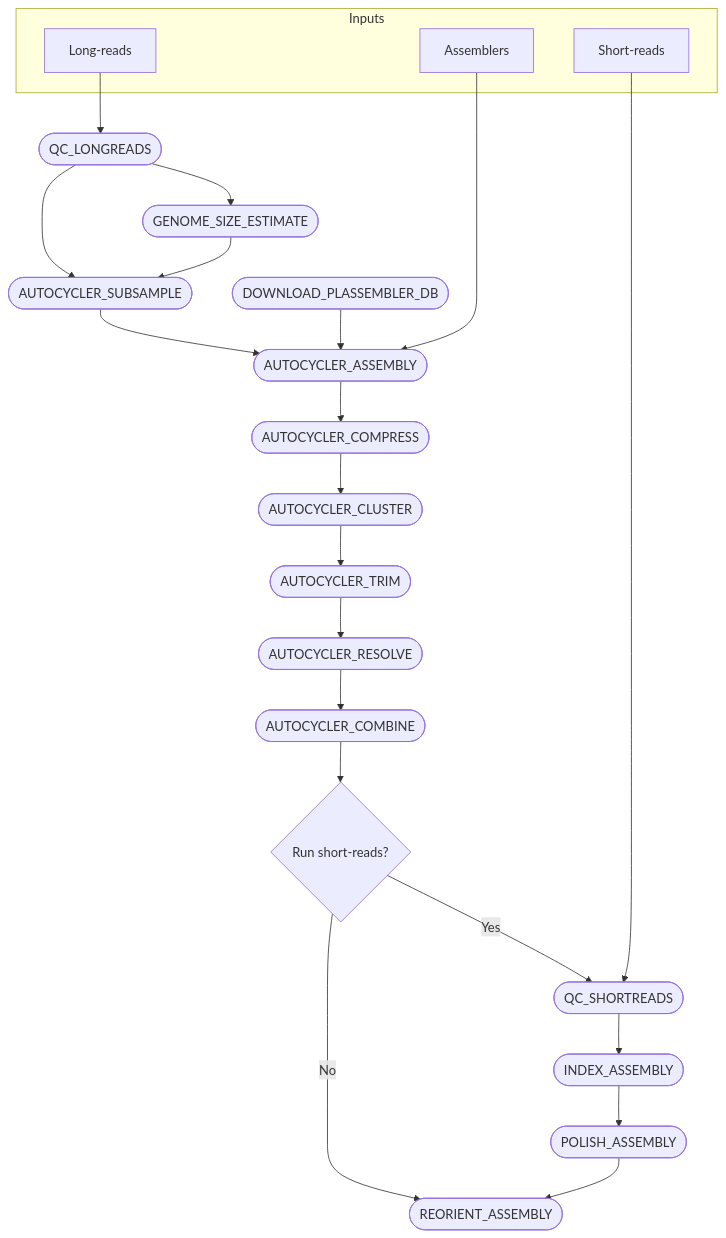
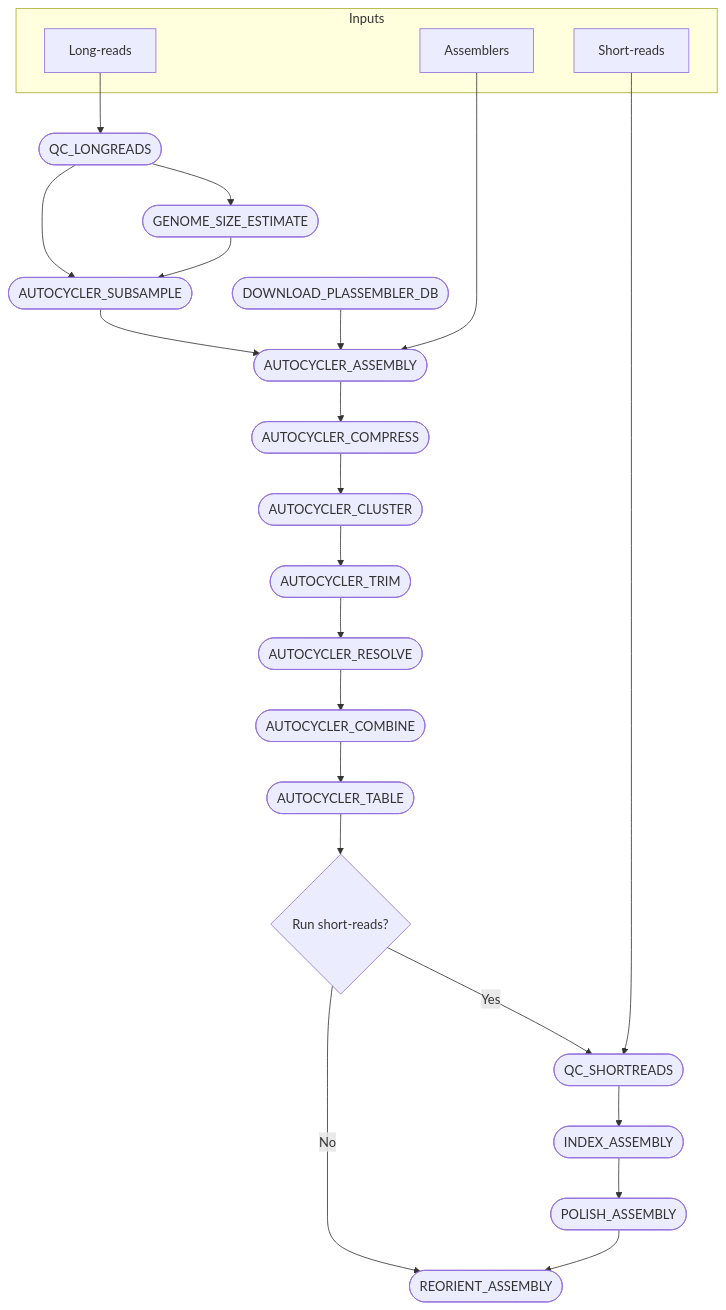
The diagram in README.md (wtmatlock/autocycler-pipeline), drawn with Mermaid before and after one commit. The commit also changed other lines of this file and 3 other files, not shown here.

Commit message:
autocycler table support

````diff
--- a/README.md
+++ b/README.md
@@ -34,51 +34,53 @@
 ```mermaid
 flowchart TB
     subgraph Inputs
         v0["Long-reads"]
         v34["Short-reads"]
         v12["Assemblers"]
     end
 
     v2([QC_LONGREADS])
     v5([GENOME_SIZE_ESTIMATE])
     v8([AUTOCYCLER_SUBSAMPLE])
     v10([DOWNLOAD_PLASSEMBLER_DB])
     v16([AUTOCYCLER_ASSEMBLY])
     v19([AUTOCYCLER_COMPRESS])
     v22([AUTOCYCLER_CLUSTER])
     v25([AUTOCYCLER_TRIM])
     v28([AUTOCYCLER_RESOLVE])
     v31([AUTOCYCLER_COMBINE])
+    v45([AUTOCYCLER_TABLE])
     v36([QC_SHORTREADS])
     v39([INDEX_ASSEMBLY])
     v42([POLISH_ASSEMBLY])
     v44([REORIENT_ASSEMBLY])
 
     decision1{"Run short-reads?"}
 
     %% Long read flow
     v0 --> v2
     v2 --> v5
     v2 --> v8
     v5 --> v8
     v8 --> v16
     v10 --> v16
     v12 --> v16
     v16 --> v19
     v19 --> v22
     v22 --> v25
     v25 --> v28
     v28 --> v31
+    v31 --> v45
 
     %% Conditional branching after combine
-    v31 --> decision1
+    v45 --> decision1
     decision1 -- Yes --> v36
     decision1 -- No --> v44
     v34 --> v36
     v36 --> v39
 
     %% Continue pipeline
 
     v39 --> v42
     v42 --> v44
 ```
````
